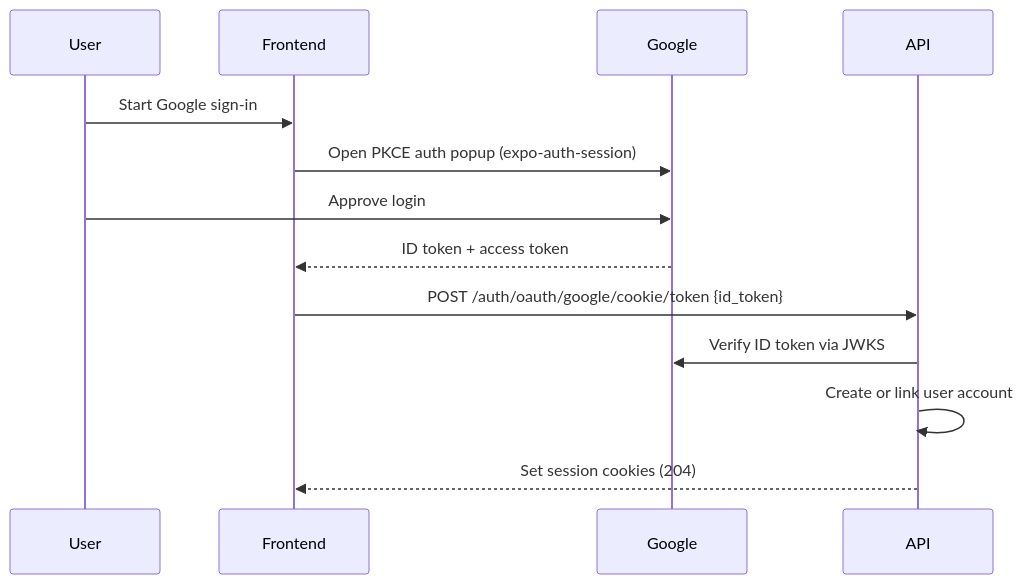
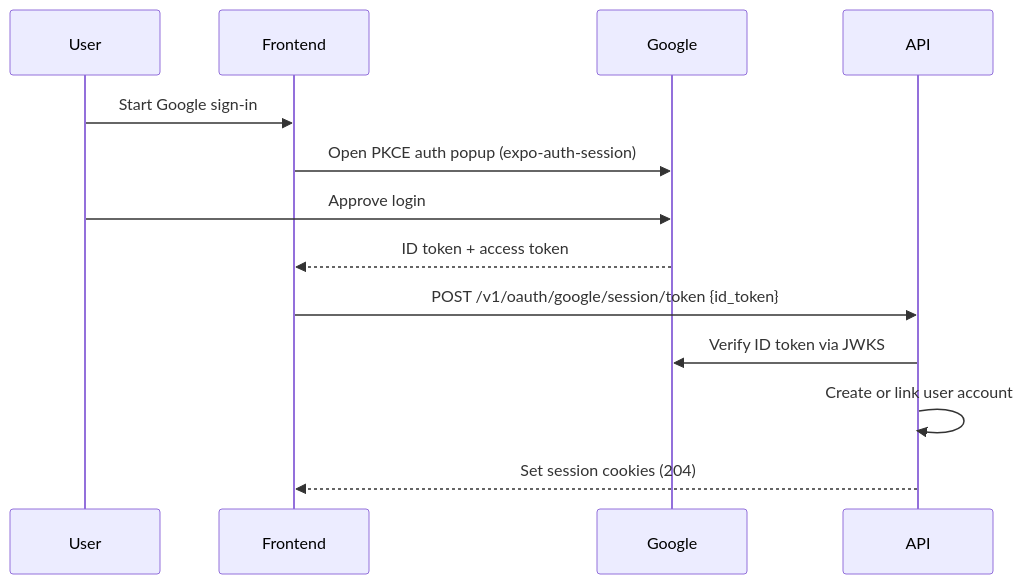
The third of 3 diagrams in docs/src/content/docs/architecture/auth.mdx (CMLPlatform/relab), drawn with Mermaid before and after one commit. The commit also changed other lines of this file and 28 other files, not shown here.

````diff
--- a/docs/src/content/docs/architecture/auth.mdx
+++ b/docs/src/content/docs/architecture/auth.mdx
@@ -103,16 +114,16 @@
 ```mermaid
 sequenceDiagram
     participant User
     participant Frontend
     participant Google
     participant API
 
     User->>Frontend: Start Google sign-in
     Frontend->>Google: Open PKCE auth popup (expo-auth-session)
     User->>Google: Approve login
     Google-->>Frontend: ID token + access token
-    Frontend->>API: POST /auth/oauth/google/cookie/token {id_token}
+    Frontend->>API: POST /v1/oauth/google/session/token {id_token}
     API->>Google: Verify ID token via JWKS
     API->>API: Create or link user account
     API-->>Frontend: Set session cookies (204)
 ```
````
